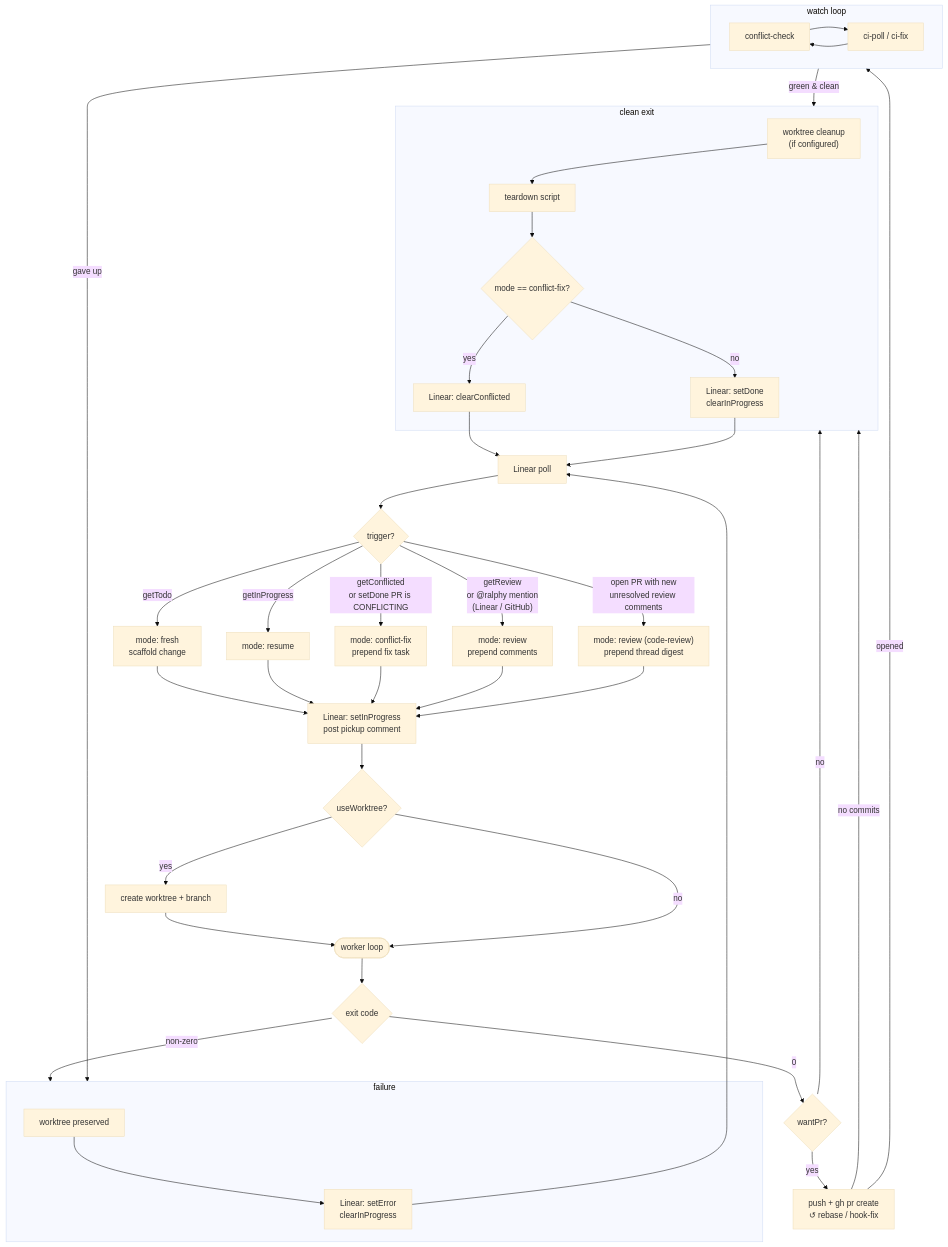
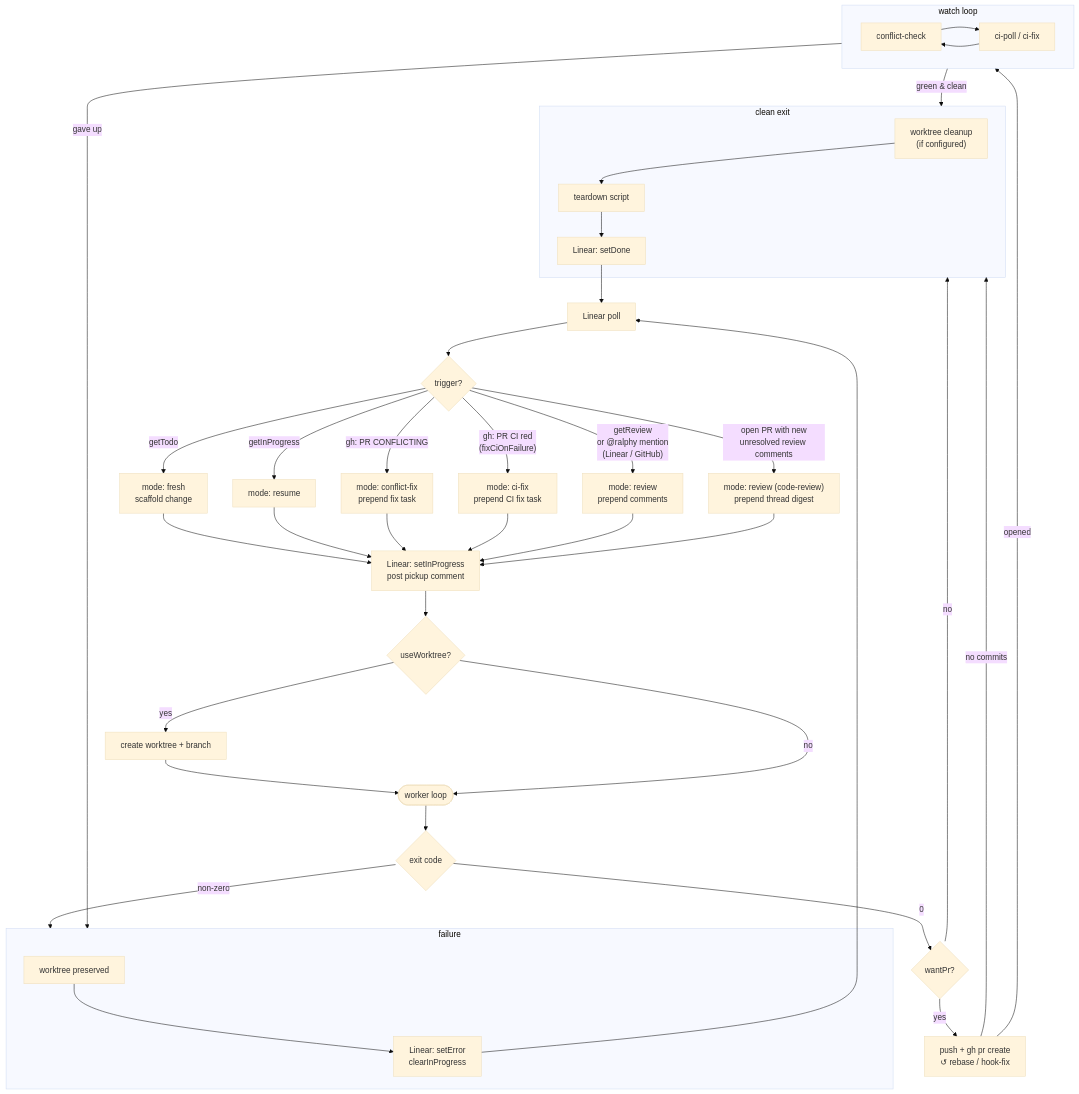
Before and after one commit to rosneri/ralphy: the second of 2 diagrams in README.md, drawn with Mermaid (base theme). The commit also changed other lines of this file, not shown here.

````diff
--- a/README.md
+++ b/README.md
@@ -98,40 +101,39 @@
 ```mermaid
 flowchart TD
     POLL["Linear poll"] --> SCAN{trigger?}
     SCAN -- "getTodo" --> FRESH["mode: fresh\nscaffold change"]
     SCAN -- "getInProgress" --> RESUME["mode: resume"]
-    SCAN -- "getConflicted\nor setDone PR is CONFLICTING" --> CFX["mode: conflict-fix\nprepend fix task"]
+    SCAN -- "gh: PR CONFLICTING" --> CFX["mode: conflict-fix\nprepend fix task"]
+    SCAN -- "gh: PR CI red\n(fixCiOnFailure)" --> CIFX["mode: ci-fix\nprepend CI fix task"]
     SCAN -- "getReview\nor @ralphy mention\n(Linear / GitHub)" --> REV["mode: review\nprepend comments"]
     SCAN -- "open PR with new\nunresolved review comments" --> CR["mode: review (code-review)\nprepend thread digest"]
 
-    FRESH & RESUME & CFX & REV & CR --> IN_PROG["Linear: setInProgress\npost pickup comment"]
+    FRESH & RESUME & CFX & CIFX & REV & CR --> IN_PROG["Linear: setInProgress\npost pickup comment"]
     IN_PROG --> WT{useWorktree?}
     WT -- yes --> SCAFFOLD["create worktree + branch"] --> WORKER([worker loop])
     WT -- no --> WORKER
 
     WORKER --> EXIT{exit code}
     EXIT -- non-zero --> ERR_FLOW
     EXIT -- 0 --> WANT_PR{wantPr?}
     WANT_PR -- no --> DONE_FLOW
     WANT_PR -- yes --> PR["push + gh pr create\n↺ rebase / hook-fix"]
     PR -- "no commits" --> DONE_FLOW
     PR -- "opened" --> WATCH
 
     subgraph WATCH["watch loop"]
         direction LR
         WATCH_CHECK["conflict-check"] --> WATCH_CI["ci-poll / ci-fix"]
         WATCH_CI --> WATCH_CHECK
     end
     WATCH -- "green & clean" --> DONE_FLOW
     WATCH -- "gave up" --> ERR_FLOW
 
     subgraph DONE_FLOW["clean exit"]
-        D1["worktree cleanup\n(if configured)"] --> D2["teardown script"] --> D3{mode == conflict-fix?}
-        D3 -- yes --> D4["Linear: clearConflicted"]
-        D3 -- no --> D5["Linear: setDone\nclearInProgress"]
+        D1["worktree cleanup\n(if configured)"] --> D2["teardown script"] --> D5["Linear: setDone"]
     end
     subgraph ERR_FLOW["failure"]
         E1["worktree preserved"] --> E2["Linear: setError\nclearInProgress"]
     end
-    D4 & D5 & E2 --> POLL
+    D5 & E2 --> POLL
 ```
````
